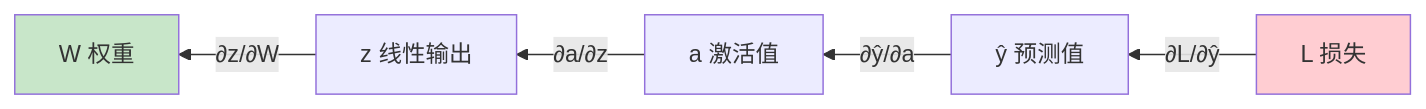
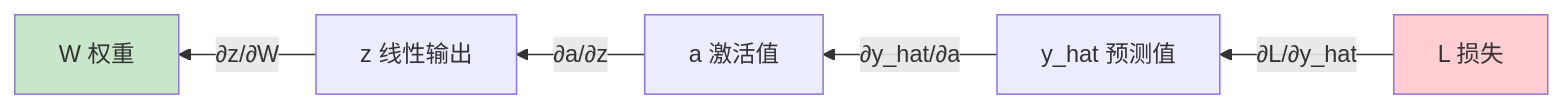
Before and after one commit to doge-liang/from-function-to-transformer: the fourth of 5 diagrams in docs/03-training.md, drawn with Mermaid. The commit also changed 3 other files, not shown here.

First line of the commit message:
Fix mermaid special characters

````diff
--- a/docs/03-training.md
+++ b/docs/03-training.md
@@ -113,10 +113,10 @@
 ```mermaid
 flowchart RL
-    L[L 损失] -->|"∂L/∂ŷ"| Y[ŷ 预测值]
-    Y -->|"∂ŷ/∂a"| A[a 激活值]
+    L[L 损失] -->|"∂L/∂y_hat"| Y[y_hat 预测值]
+    Y -->|"∂y_hat/∂a"| A[a 激活值]
     A -->|"∂a/∂z"| Z[z 线性输出]
     Z -->|"∂z/∂W"| W[W 权重]
 
     style L fill:#ffcdd2
     style W fill:#c8e6c9
 ```
````
